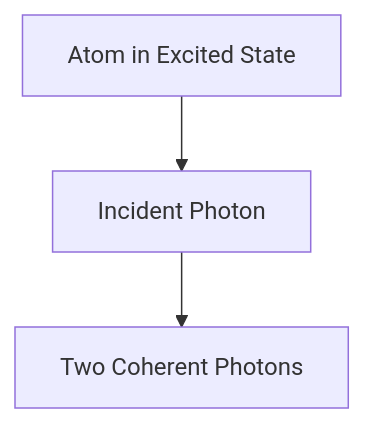
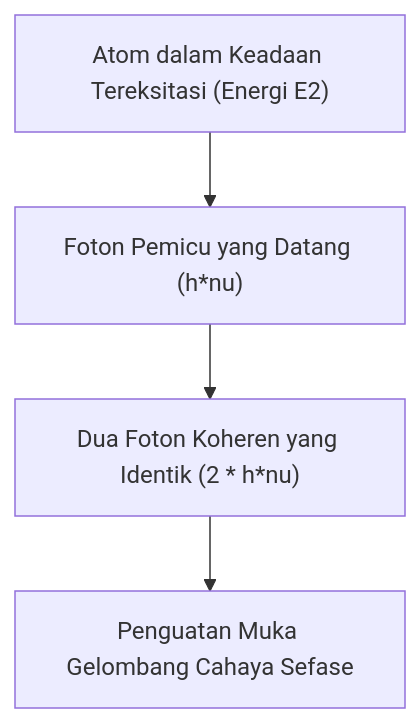
One commit to kenjinote/blog changed the diagram in content/post/physics-laser/index.id.md. Above: the diagram before and after it, drawn with Mermaid. The commit also changed other lines of this file and 219 other files, not shown here.

````diff
--- a/content/post/physics-laser/index.id.md
+++ b/content/post/physics-laser/index.id.md
@@ -17,5 +35,6 @@
 ```mermaid
 flowchart TD
-    A["Atom in Excited State"] --> B["Incident Photon"]
-    B --> C["Two Coherent Photons"]
+    A["Atom dalam Keadaan Tereksitasi (Energi E2)"] --> B["Foton Pemicu yang Datang (h*nu)"]
+    B --> C["Dua Foton Koheren yang Identik (2 * h*nu)"]
+    C --> D["Penguatan Muka Gelombang Cahaya Sefase"]
 ```
````
